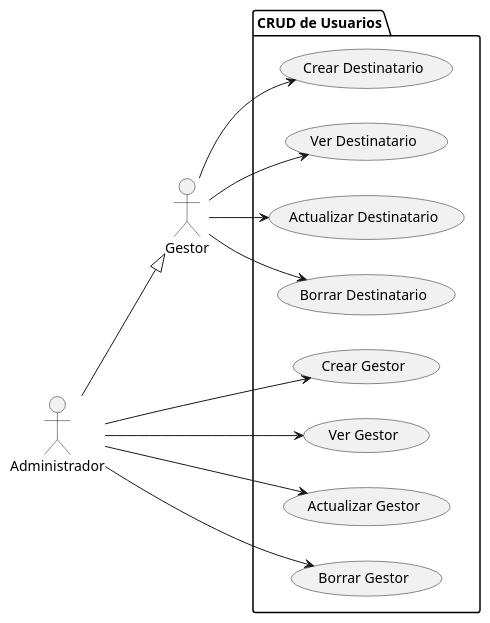
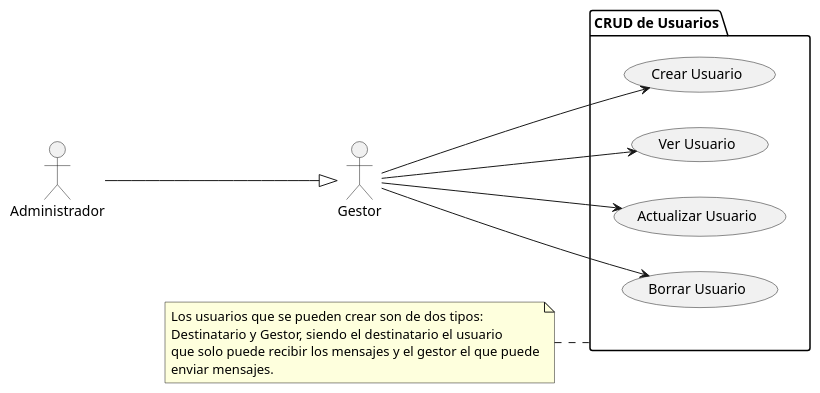
One commit to mmasias/24-25-IdSw1-SDR changed the diagram in docs/casosDeUso/diagramaCasosDeUso/manejoUsuarios/manejoUsuario.puml. Above: the diagram before and after it, drawn with PlantUML. The commit also changed 3 other files, not shown here.

Commit message:
REFAC: renombrar "Usuario" a "Gestor" en diagramas de contexto y casos de uso para mayor claridad

```diff
--- a/docs/casosDeUso/diagramaCasosDeUso/manejoUsuarios/manejoUsuario.puml
+++ b/docs/casosDeUso/diagramaCasosDeUso/manejoUsuarios/manejoUsuario.puml
@@ -1,26 +1,25 @@
 @startuml ManejoUsuario
 left to right direction
 actor "Administrador" as Administrador
 actor "Gestor" as Usuario
 
-package "CRUD de Usuarios" {
-    usecase "Crear Destinatario" as CU1
-    usecase "Ver Destinatario" as CU2
-    usecase "Actualizar Destinatario" as CU3
-    usecase "Borrar Destinatario" as CU4
-    usecase "Crear Gestor" as CU5
-    usecase "Ver Gestor" as CU6
-    usecase "Actualizar Gestor" as CU7
-    usecase "Borrar Gestor" as CU8
+package "CRUD de Usuarios" as crud{
+    usecase "Crear Usuario" as CU1
+    usecase "Ver Usuario" as CU2
+    usecase "Actualizar Usuario" as CU3
+    usecase "Borrar Usuario" as CU4
 }
+
+note left of crud
+    Los usuarios que se pueden crear son de dos tipos: 
+    Destinatario y Gestor, siendo el destinatario el usuario
+    que solo puede recibir los mensajes y el gestor el que puede
+    enviar mensajes.
+end note
 
 Administrador --|> Usuario
 Usuario --> CU1
 Usuario --> CU2
 Usuario --> CU3
 Usuario --> CU4
-Administrador --> CU5
-Administrador --> CU6
-Administrador --> CU7
-Administrador --> CU8
 @enduml
```
